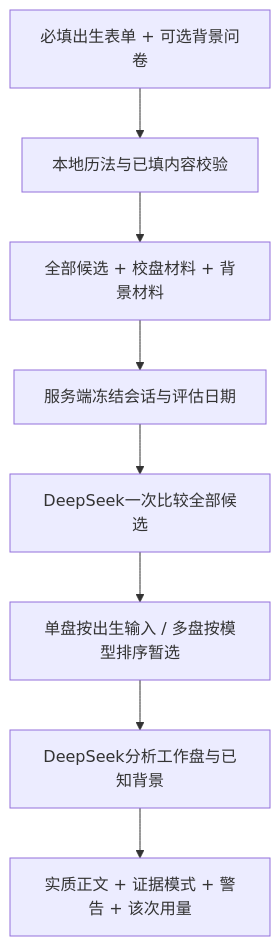
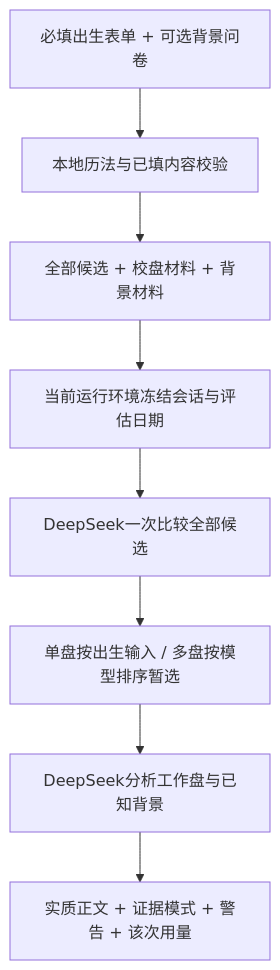
One commit to 130U/Divination-and-Destiny-Studies changed the diagram in docs/ARCHITECTURE.md. Above: the diagram before and after it, drawn with Mermaid. The commit also changed other lines of this file and 33 other files, not shown here.

````diff
--- a/docs/ARCHITECTURE.md
+++ b/docs/ARCHITECTURE.md
@@ -7,10 +9,10 @@
 ```mermaid
 flowchart TD
     A[必填出生表单 + 可选背景问卷] --> B[本地历法与已填内容校验]
     B --> C[全部候选 + 校盘材料 + 背景材料]
-    C --> D[服务端冻结会话与评估日期]
+    C --> D[当前运行环境冻结会话与评估日期]
     D --> E[DeepSeek一次比较全部候选]
     E --> F[单盘按出生输入 / 多盘按模型排序暂选]
     F --> G[DeepSeek分析工作盘与已知背景]
     G --> I[实质正文 + 证据模式 + 警告 + 该次用量]
 ```
````
